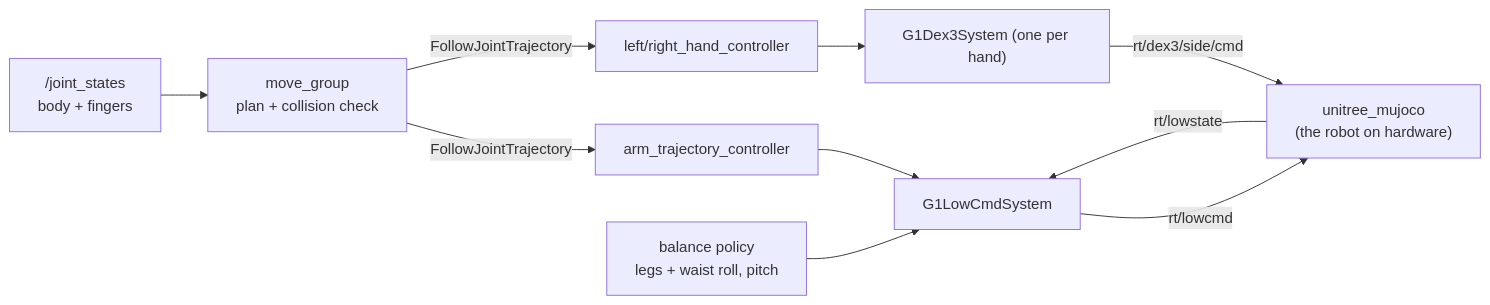
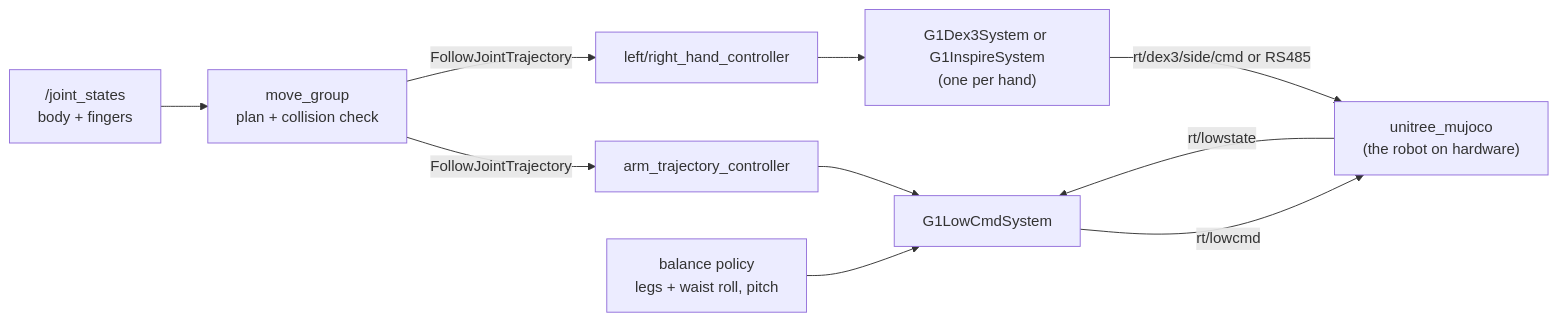
The diagram in workspace/src/g1_moveit_config/README.md (Adyansh04/grove-g1), drawn with Mermaid before and after one commit. The commit also changed other lines of this file and 9 other files, not shown here.

````diff
--- a/workspace/src/g1_moveit_config/README.md
+++ b/workspace/src/g1_moveit_config/README.md
@@ -7,12 +7,12 @@
 ```mermaid
 flowchart LR
     JS["/joint_states<br/>body + fingers"] --> MG["move_group<br/>plan + collision check"]
     MG -- "FollowJointTrajectory" --> JTC["arm_trajectory_controller"]
     MG -- "FollowJointTrajectory" --> HC["left/right_hand_controller"]
     POL["balance policy<br/>legs + waist roll, pitch"] --> HW["G1LowCmdSystem"]
     JTC --> HW
-    HC --> HH["G1Dex3System (one per hand)"]
+    HC --> HH["G1Dex3System or G1InspireSystem<br/>(one per hand)"]
     HW -- "rt/lowcmd" --> SIM["unitree_mujoco<br/>(the robot on hardware)"]
     SIM -- "rt/lowstate" --> HW
-    HH -- "rt/dex3/side/cmd" --> SIM
+    HH -- "rt/dex3/side/cmd or RS485" --> SIM
 ```
````
